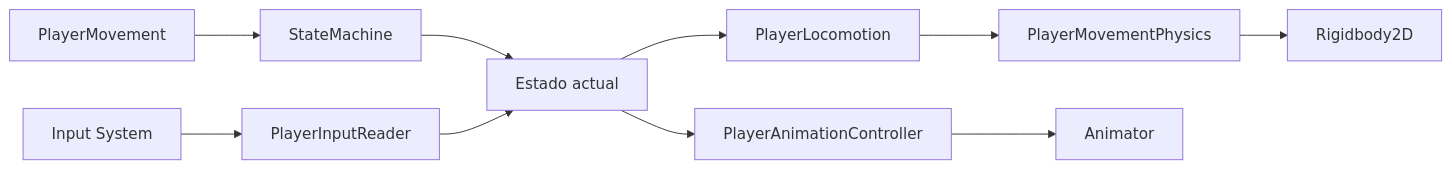
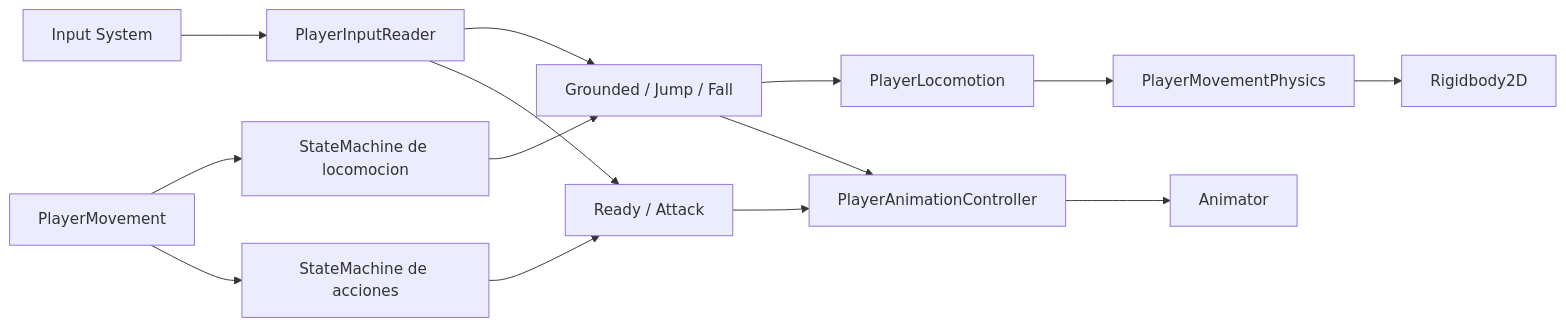
The first of 2 diagrams in Assets/Scripts/Player/README.md (luc4s92/Parcial2-programacion), drawn with Mermaid before and after one commit. The commit also changed other lines of this file and 9 other files, not shown here.

````diff
--- a/Assets/Scripts/Player/README.md
+++ b/Assets/Scripts/Player/README.md
@@ -9,12 +9,16 @@
 ```mermaid
 flowchart LR
     InputSystem[Input System] --> InputReader[PlayerInputReader]
-    PlayerMovement[PlayerMovement] --> StateMachine[StateMachine]
-    StateMachine --> CurrentState[Estado actual]
-    InputReader --> CurrentState
-    CurrentState --> Locomotion[PlayerLocomotion]
+    PlayerMovement[PlayerMovement] --> LocomotionMachine[StateMachine de locomocion]
+    PlayerMovement --> ActionMachine[StateMachine de acciones]
+    LocomotionMachine --> LocomotionState[Grounded / Jump / Fall]
+    ActionMachine --> ActionState[Ready / Attack]
+    InputReader --> LocomotionState
+    InputReader --> ActionState
+    LocomotionState --> Locomotion[PlayerLocomotion]
     Locomotion --> Physics[PlayerMovementPhysics]
     Physics --> Rigidbody[Rigidbody2D]
-    CurrentState --> Animation[PlayerAnimationController]
+    LocomotionState --> Animation[PlayerAnimationController]
+    ActionState --> Animation
     Animation --> Animator[Animator]
 ```
````
